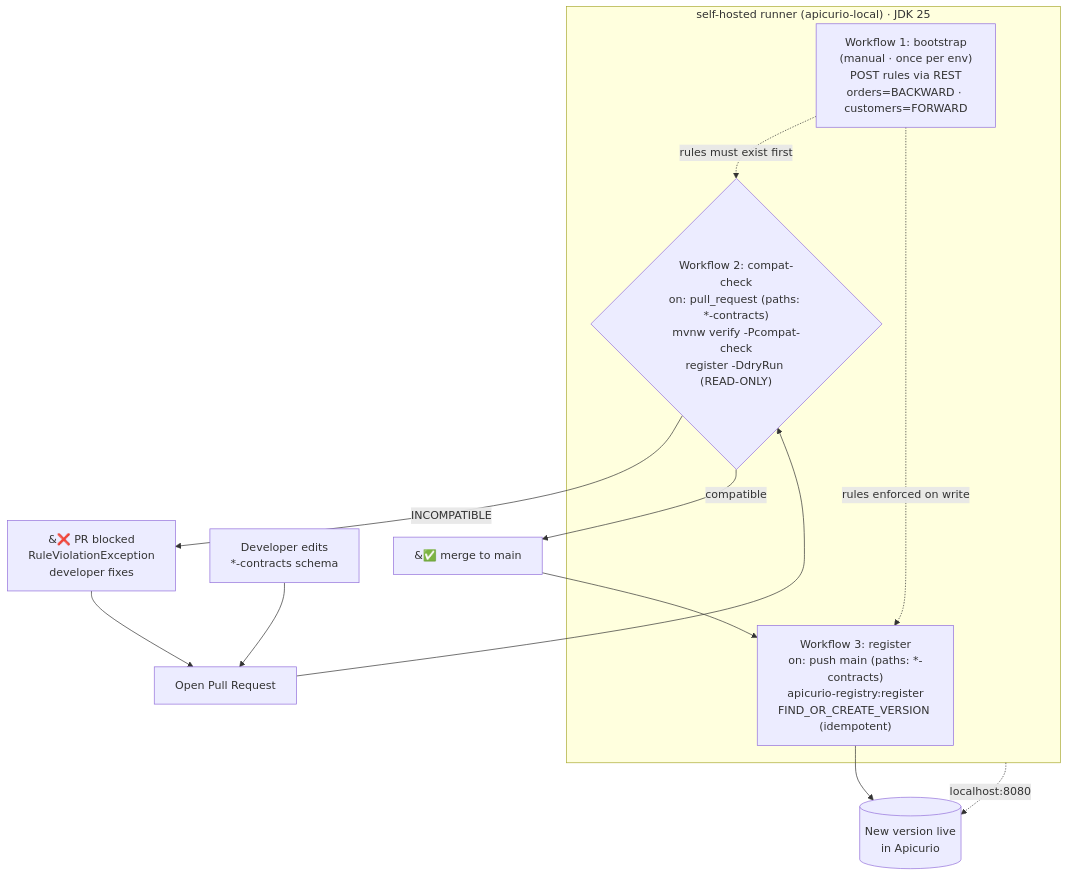
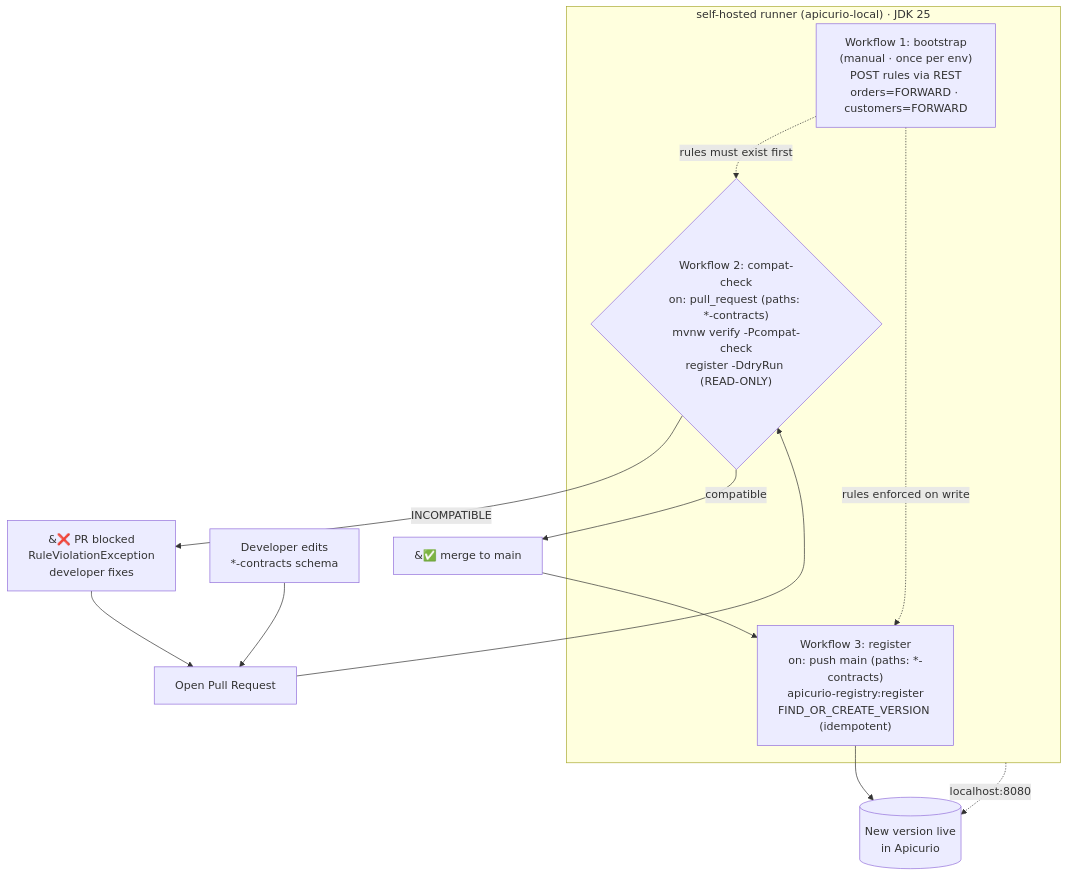
Before and after one commit to anarefin/schema-registry-demo: the diagram in docs/presentation/diagrams/d3-ci-pipeline.mmd, drawn with Mermaid. The commit also changed 29 other files, not shown here.

```diff
--- a/docs/presentation/diagrams/d3-ci-pipeline.mmd
+++ b/docs/presentation/diagrams/d3-ci-pipeline.mmd
@@ -1,20 +1,20 @@
 flowchart TB
-    boot["Workflow 1: bootstrap<br/>(manual · once per env)<br/>POST rules via REST<br/>orders=BACKWARD · customers=FORWARD"]
+    boot["Workflow 1: bootstrap<br/>(manual · once per env)<br/>POST rules via REST<br/>orders=FORWARD · customers=FORWARD"]
 
     dev["Developer edits<br/>*-contracts schema"] --> pr["Open Pull Request"]
     pr --> cc{"Workflow 2: compat-check<br/>on: pull_request (paths: *-contracts)<br/>mvnw verify -Pcompat-check<br/>register -DdryRun (READ-ONLY)"}
     cc -->|INCOMPATIBLE| blocked["&#10060; PR blocked<br/>RuleViolationException<br/>developer fixes"]
     blocked --> pr
     cc -->|compatible| merge["&#9989; merge to main"]
     merge --> reg["Workflow 3: register<br/>on: push main (paths: *-contracts)<br/>apicurio-registry:register<br/>FIND_OR_CREATE_VERSION (idempotent)"]
     reg --> live[("New version live<br/>in Apicurio")]
 
     boot -. "rules must exist first" .-> cc
     boot -. "rules enforced on write" .-> reg
 
     subgraph runner["self-hosted runner (apicurio-local) · JDK 25"]
         cc
         reg
         boot
     end
     runner -. "localhost:8080" .-> live
```
